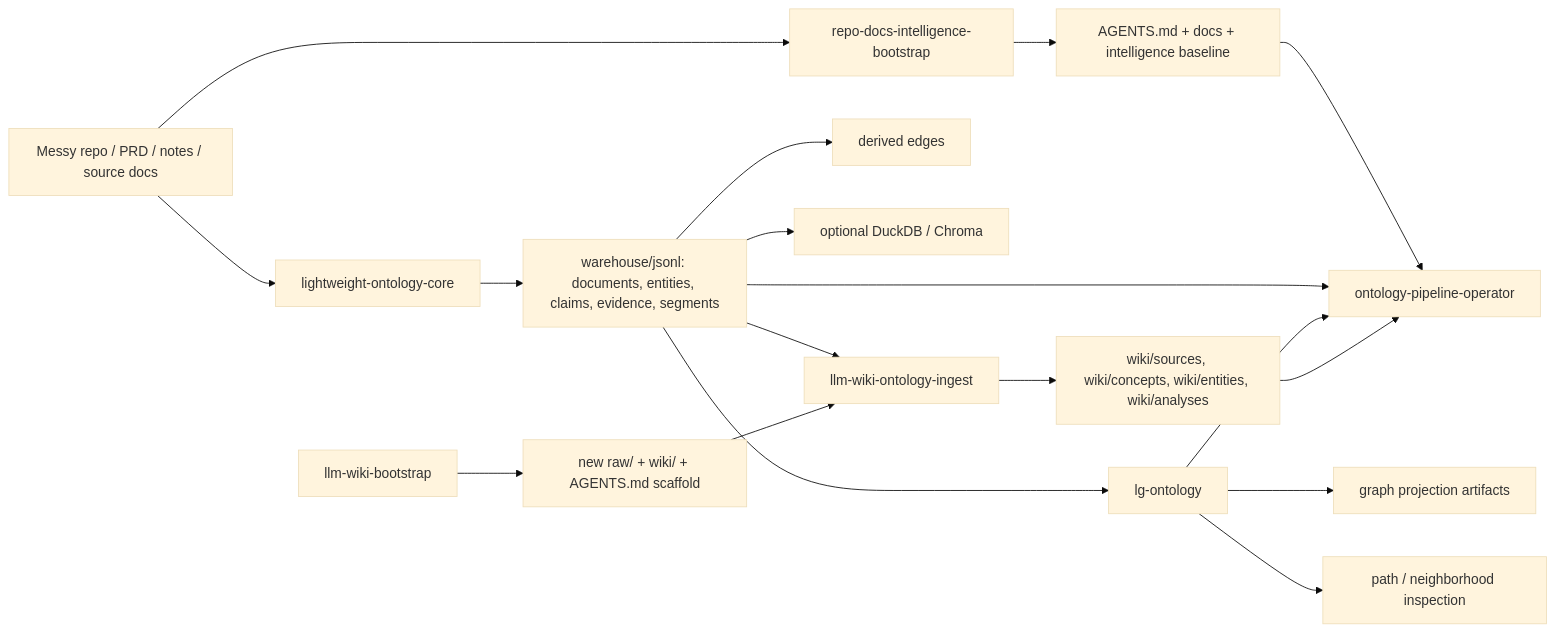
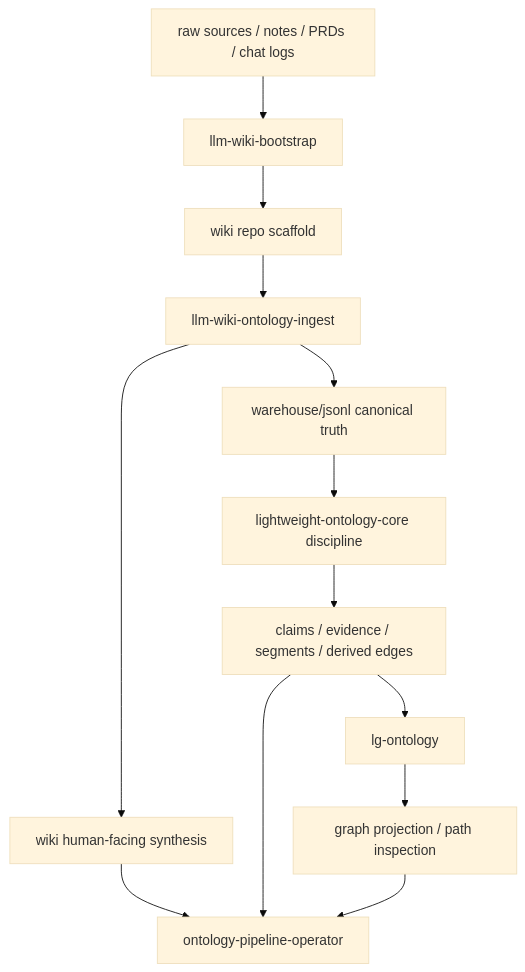
The diagram in README.md (tteggu87/repo-docs-ontology-skills), drawn with Mermaid (base theme) before and after one commit. The commit also changed other lines of this file, not shown here.

Commit message:
docs: make README Korean-first and LLM Wiki-centered

````diff
--- a/README.md
+++ b/README.md
@@ -211,25 +227,15 @@
 ```mermaid
-flowchart LR
-    A["Messy repo / PRD / notes / source docs"] --> B["repo-docs-intelligence-bootstrap"]
-    B --> C["AGENTS.md + docs + intelligence baseline"]
-
-    A --> D["lightweight-ontology-core"]
-    D --> E["warehouse/jsonl: documents, entities, claims, evidence, segments"]
-    E --> F["derived edges"]
-    E --> G["optional DuckDB / Chroma"]
-
-    E --> H["lg-ontology"]
-    H --> I["graph projection artifacts"]
-    H --> J["path / neighborhood inspection"]
-
-    E --> K["llm-wiki-ontology-ingest"]
-    K --> L["wiki/sources, wiki/concepts, wiki/entities, wiki/analyses"]
-
-    M["llm-wiki-bootstrap"] --> N["new raw/ + wiki/ + AGENTS.md scaffold"]
-    N --> K
-
-    C --> O["ontology-pipeline-operator"]
-    E --> O
-    H --> O
-    L --> O
+flowchart TD
+    A["raw sources / notes / PRDs / chat logs"] --> B["llm-wiki-bootstrap"]
+    B --> C["wiki repo scaffold"]
+    C --> D["llm-wiki-ontology-ingest"]
+    D --> E["warehouse/jsonl canonical truth"]
+    D --> F["wiki human-facing synthesis"]
+    E --> G["lightweight-ontology-core discipline"]
+    G --> H["claims / evidence / segments / derived edges"]
+    H --> I["lg-ontology"]
+    I --> J["graph projection / path inspection"]
+    F --> K["ontology-pipeline-operator"]
+    H --> K
+    J --> K
 ```
````
